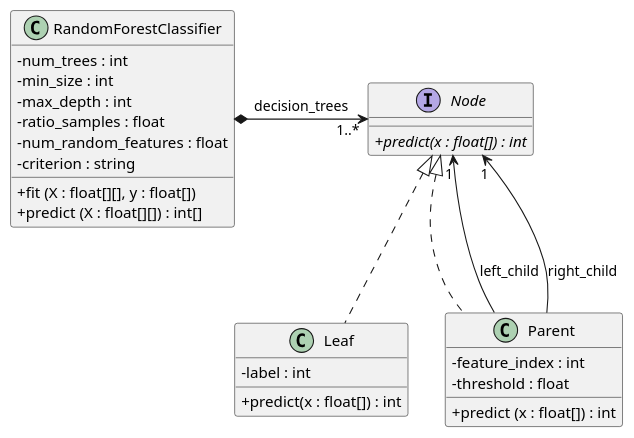
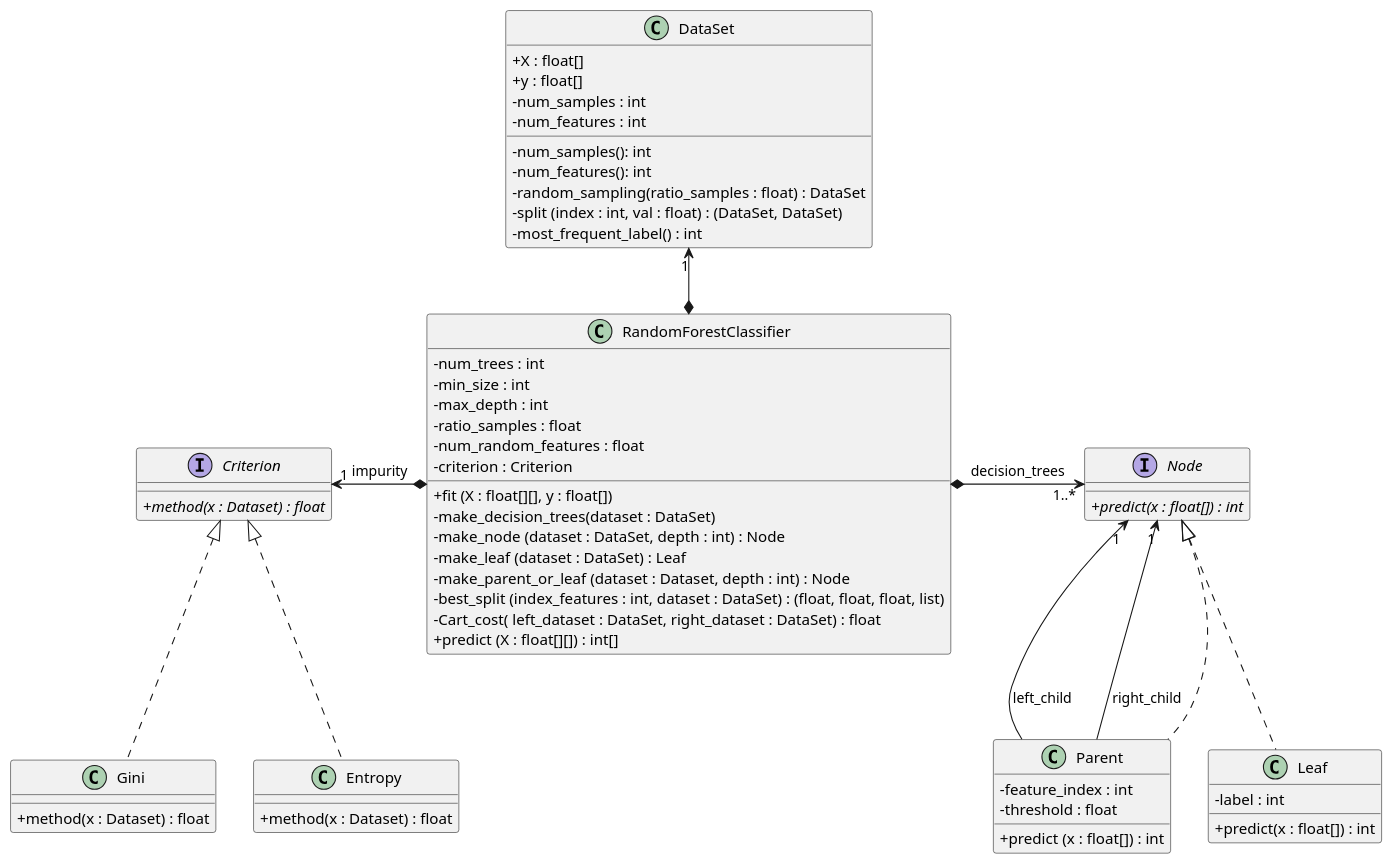
The diagram in Milestone1/diagrama1.puml (NIU1750517/POO_practica), drawn with PlantUML before and after one commit.

Commit message:
diagrama

```diff
--- a/Milestone1/diagrama1.puml
+++ b/Milestone1/diagrama1.puml
@@ -1,45 +1,73 @@
 @startuml
 'https://plantuml.com/class-diagram
 
 ' - added class Criterion and derivatives that contains what's common of all
 '   criteria, before in RandomForestClassifier
 
 skinparam classAttributeIconSize 0
 skinparam noteFontSize 11
 'skinparam linetype ortho
 'skinparam linetype polyline
 
 class RandomForestClassifier {
 - num_trees : int
 - min_size : int
 - max_depth : int
 - ratio_samples : float
 - num_random_features : float
-- criterion : string
+- criterion : Criterion
 + fit (X : float[][], y : float[])
+- make_decision_trees(dataset : DataSet)
+- make_node (dataset : DataSet, depth : int) : Node
+- make_leaf (dataset : DataSet) : Leaf
+- make_parent_or_leaf (dataset : Dataset, depth : int) : Node
+- best_split (index_features : int, dataset : DataSet) : (float, float, float, list)
+- Cart_cost( left_dataset : DataSet, right_dataset : DataSet) : float
 + predict (X : float[][]) : int[]
 }
+class DataSet{
+    + X : float[]
+    + y : float[]
+    - num_samples : int 
+    - num_features : int
+    - num_samples(): int
+    - num_features(): int
+    - random_sampling(ratio_samples : float) : DataSet
+    - split (index : int, val : float) : (DataSet, DataSet)
+    - most_frequent_label() : int
 
+}
+interface Criterion {
+   + {abstract} method(x : Dataset) : float
+}
+class Gini implements Criterion {
+    + method(x : Dataset) : float
+}
+class Entropy implements Criterion {
+    + method(x : Dataset) : float
+}
 interface Node {
 + {abstract} predict(x : float[]) : int
 }
 
 class Leaf implements Node {
 - label : int
 + predict(x : float[]) : int
 }
 
 class Parent implements Node {
 - feature_index : int
 - threshold : float
 + predict (x : float[]) : int
 }
 
 ' associacions
 RandomForestClassifier *-right-> "1..*" Node : decision_trees
+RandomForestClassifier *-left-> "1" Criterion : impurity
+RandomForestClassifier *-up-> "1"  DataSet 
 Parent -down-> "1" Node : left_child
 Parent -down-> "1" Node : right_child
 
 ' positionament
 'RandomForestClassifier -[hidden]-> Node
 @enduml
```
